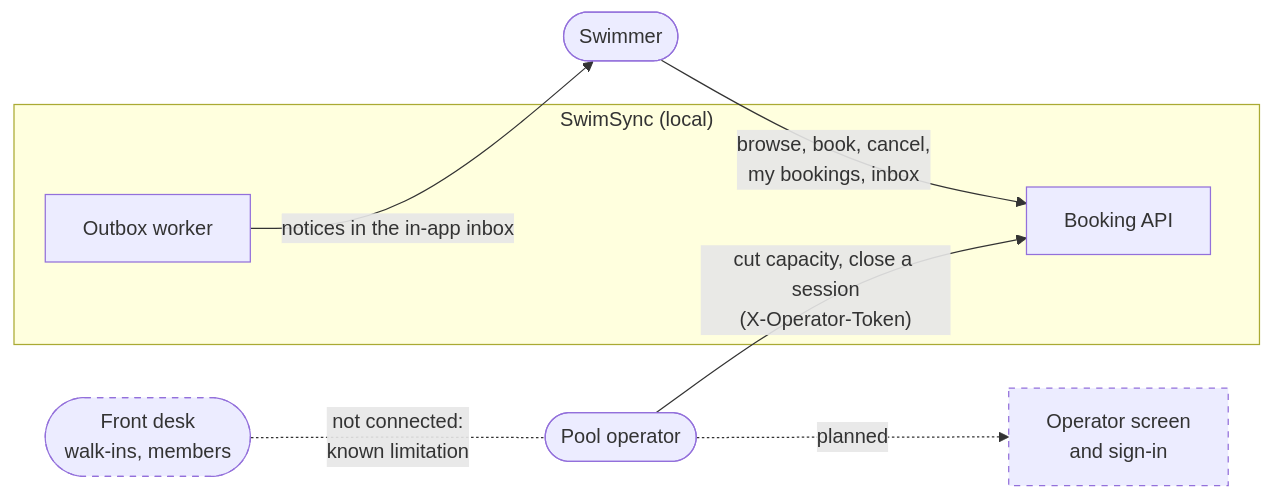
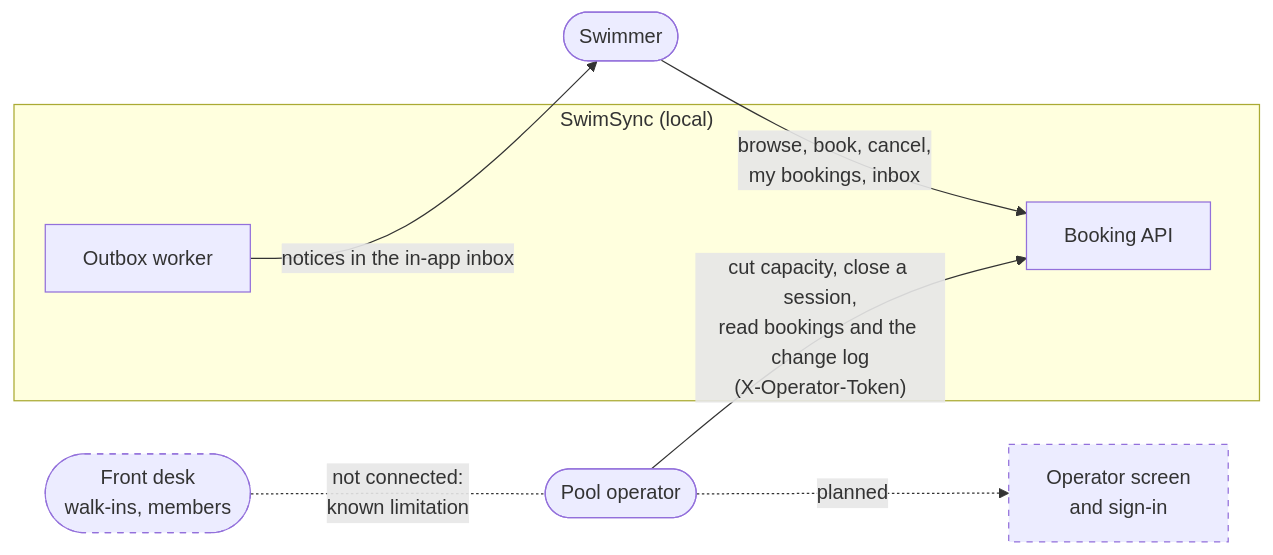
Before and after one commit to ashutosharma2/SwimSync: the first of 22 diagrams in docs/architecture.md, drawn with Mermaid. The commit also changed other lines of this file and 2 other files, not shown here.

Commit message:
Docs: phase 4 as it stands (swimmer screen built, operator screen paused), the operator reads, Docker and kind diagrams, and drill C as planned

````diff
--- a/docs/architecture.md
+++ b/docs/architecture.md
@@ -37,21 +40,21 @@
 ```mermaid
 flowchart LR
     Swimmer(["Swimmer"])
     Operator(["Pool operator"])
     Desk(["Front desk<br/>walk-ins, members"])
     OpUI["Operator screen<br/>and sign-in"]
 
     subgraph SwimSync["SwimSync (local)"]
         API["Booking API"]
         Worker["Outbox worker"]
     end
 
     Swimmer -- "browse, book, cancel,<br/>my bookings, inbox" --> API
     Worker -- "notices in the in-app inbox" --> Swimmer
-    Operator -- "cut capacity, close a session<br/>(X-Operator-Token)" --> API
+    Operator -- "cut capacity, close a session,<br/>read bookings and the change log<br/>(X-Operator-Token)" --> API
     Operator -. "planned" .-> OpUI
     Desk -. "not connected:<br/>known limitation" .- Operator
 
     class Desk,OpUI planned
     classDef planned stroke-dasharray: 5 5
 ```
````
